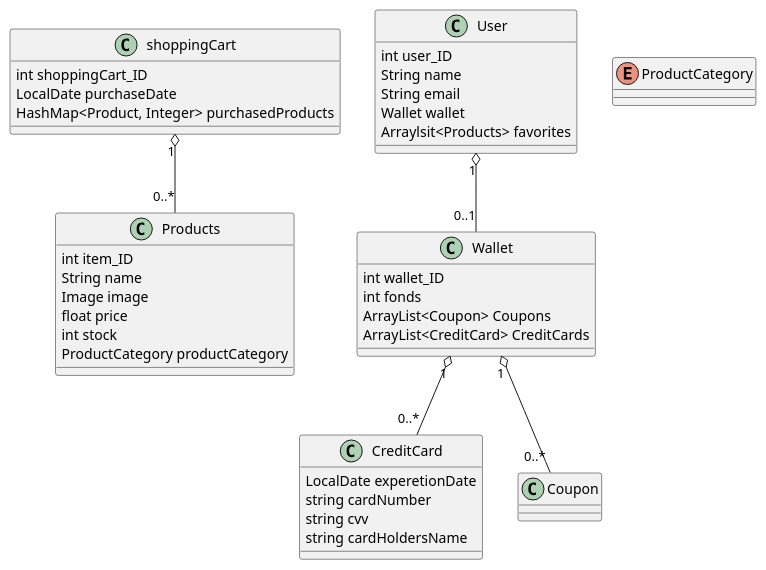
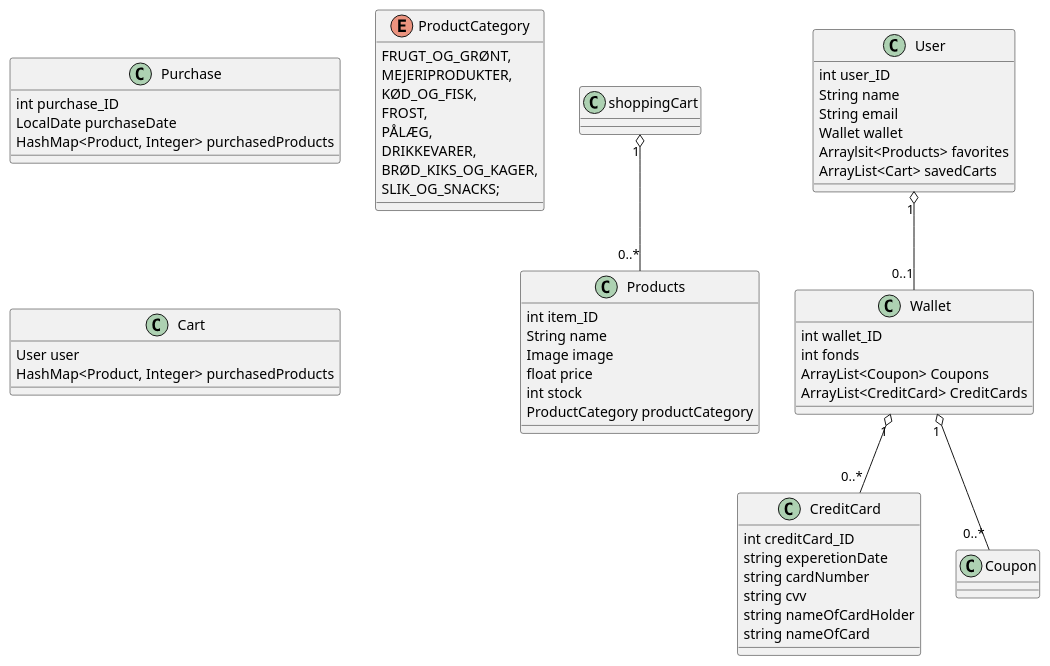
Before and after one commit to AJungersen/DDU-Eksamensprojekt: the diagram in Class diagram.wsd, drawn with PlantUML.

Commit message:
diagram update

```diff
--- a/Class diagram.wsd
+++ b/Class diagram.wsd
@@ -1,53 +1,68 @@
 @startuml
 class Products {
     int item_ID
     String name
     Image image
     float price
     int stock
     ProductCategory productCategory
 }
 
 class User {
     int user_ID
     String name
     String email
     Wallet wallet
     Arraylsit<Products> favorites
+    ArrayList<Cart> savedCarts
 }
 
 
 Class Wallet {
     int wallet_ID
     int fonds
     ArrayList<Coupon> Coupons
     ArrayList<CreditCard> CreditCards
 }
 
 class CreditCard {
-    LocalDate experetionDate
+    int creditCard_ID
+    string experetionDate
     string cardNumber
     string cvv
-    string cardHoldersName
+    string nameOfCardHolder
+    string nameOfCard
 }
 
 class Coupon {
 
 }
 
-class shoppingCart {
-    int shoppingCart_ID
+class Purchase {
+    int purchase_ID
     LocalDate purchaseDate
     HashMap<Product, Integer> purchasedProducts
 }
 
 enum ProductCategory {
+    FRUGT_OG_GRØNT,
+    MEJERIPRODUKTER,
+    KØD_OG_FISK,
+    FROST,
+    PÅLÆG,
+    DRIKKEVARER,
+    BRØD_KIKS_OG_KAGER,
+    SLIK_OG_SNACKS;
+}
 
+class Cart {
+    User user
+    HashMap<Product, Integer> purchasedProducts
 }
 
 Wallet "1" o-- "0..*" Coupon
 Wallet "1" o-- "0..*" CreditCard
 User "1" o-- "0..1" Wallet
 shoppingCart "1" o-- "0..*" Products
 
 @enduml
```
